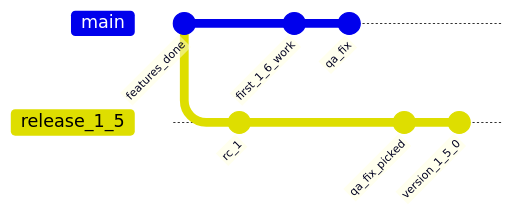
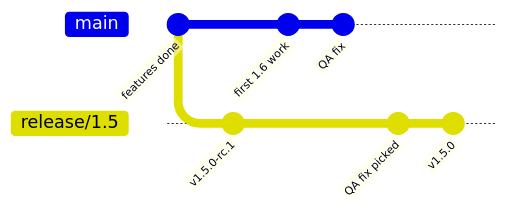
The eighth of 12 diagrams in DEVELOPER_GUIDE.md (igrbesa/Release-versioning-options), drawn with Mermaid before and after one commit. The commit also changed other lines of this file, not shown here.

First line of the commit message:
Map release ownership to Scrum roles and expand the history diagram.

````diff
--- a/DEVELOPER_GUIDE.md
+++ b/DEVELOPER_GUIDE.md
@@ -450,13 +592,13 @@
 ```mermaid
 gitGraph
-    commit id: "features_done"
-    branch release_1_5
-    checkout release_1_5
-    commit id: "rc_1"
+    commit id: "features done"
+    branch "release/1.5"
+    checkout "release/1.5"
+    commit id: "v1.5.0-rc.1"
     checkout main
-    commit id: "first_1_6_work"
-    commit id: "qa_fix"
-    checkout release_1_5
-    commit id: "qa_fix_picked"
-    commit id: "version_1_5_0"
+    commit id: "first 1.6 work"
+    commit id: "QA fix"
+    checkout "release/1.5"
+    commit id: "QA fix picked"
+    commit id: "v1.5.0"
 ```
````
